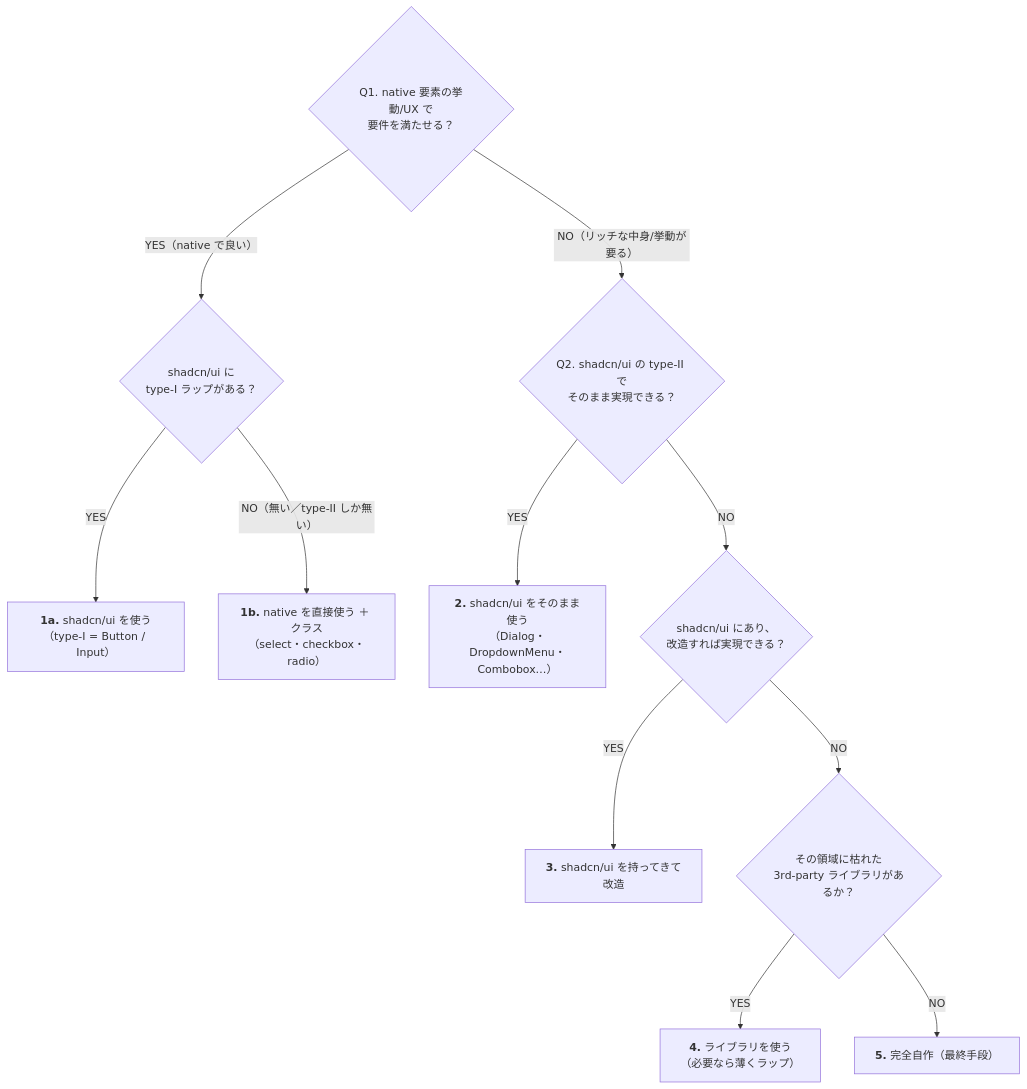
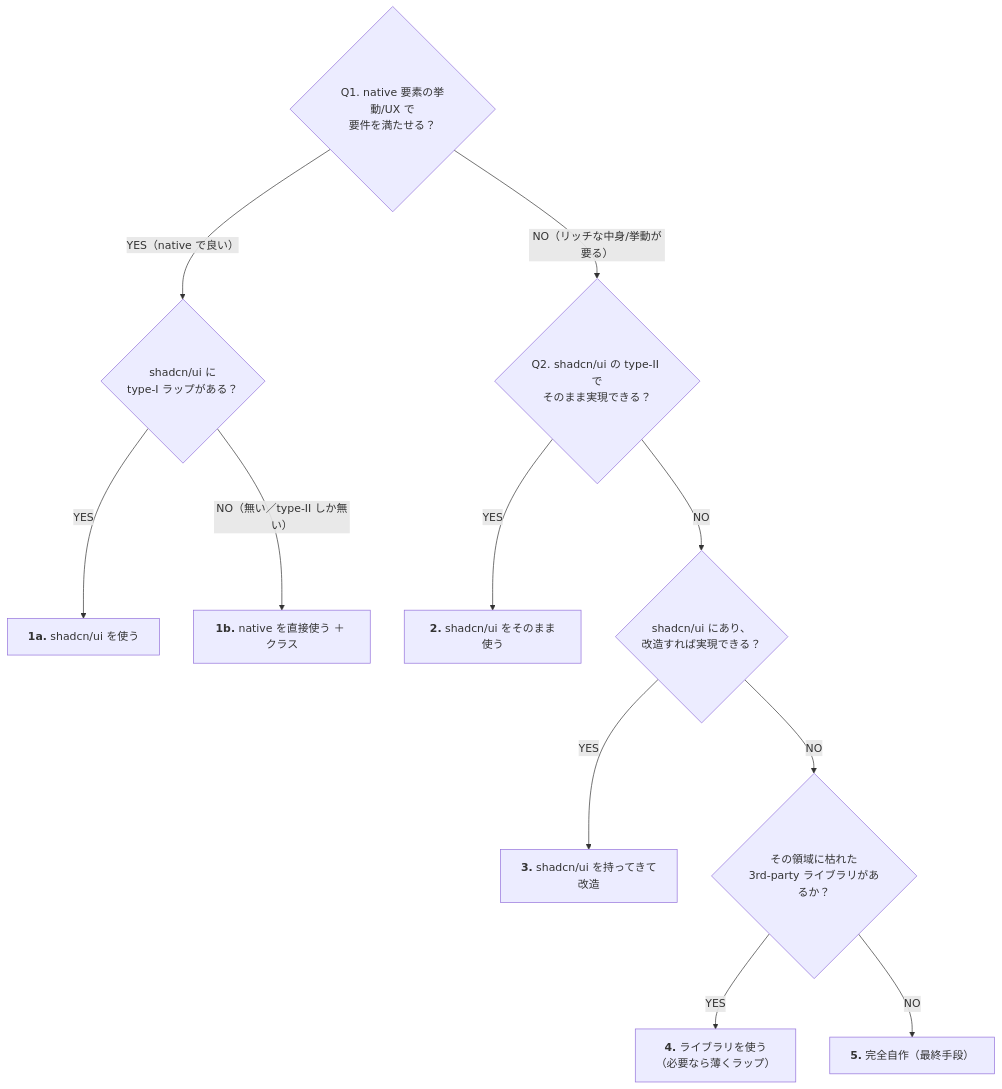
One commit to shidetake/triplot changed the diagram in docs/design-guidelines.md. Above: the diagram before and after it, drawn with Mermaid.

Commit message:
docs: フローチャートの終端ノードから具体例を削除
分岐に影響しない具体例(Button/Input・select等・Dialog等)を落とす。
実物は下の「当てはめ」に列挙済み。

Claude-Session: https://claude.ai/code/session_01WL4TVmCwHi8ZvSn39TQKi1

````diff
--- a/docs/design-guidelines.md
+++ b/docs/design-guidelines.md
@@ -123,18 +123,18 @@
 ```mermaid
 flowchart TD
   Q1{"Q1. native 要素の挙動/UX で<br/>要件を満たせる？"}
   Q1 -->|"YES（native で良い）"| Q1a{"shadcn/ui に<br/>type-I ラップがある？"}
   Q1 -->|"NO（リッチな中身/挙動が要る）"| Q2{"Q2. shadcn/ui の type-II で<br/>そのまま実現できる？"}
 
-  Q1a -->|YES| R1a["<b>1a.</b> shadcn/ui を使う<br/>（type-I = Button / Input）"]
-  Q1a -->|"NO（無い／type-II しか無い）"| R1b["<b>1b.</b> native を直接使う ＋ クラス<br/>（select・checkbox・radio）"]
+  Q1a -->|YES| R1a["<b>1a.</b> shadcn/ui を使う"]
+  Q1a -->|"NO（無い／type-II しか無い）"| R1b["<b>1b.</b> native を直接使う ＋ クラス"]
 
-  Q2 -->|YES| R2["<b>2.</b> shadcn/ui をそのまま使う<br/>（Dialog・DropdownMenu・Combobox…）"]
+  Q2 -->|YES| R2["<b>2.</b> shadcn/ui をそのまま使う"]
   Q2 -->|NO| Q3{"shadcn/ui にあり、<br/>改造すれば実現できる？"}
 
   Q3 -->|YES| R3["<b>3.</b> shadcn/ui を持ってきて改造"]
   Q3 -->|NO| Q4{"その領域に枯れた<br/>3rd-party ライブラリがあるか？"}
 
   Q4 -->|YES| R4["<b>4.</b> ライブラリを使う<br/>（必要なら薄くラップ）"]
   Q4 -->|NO| R5["<b>5.</b> 完全自作（最終手段）"]
 ```
````
